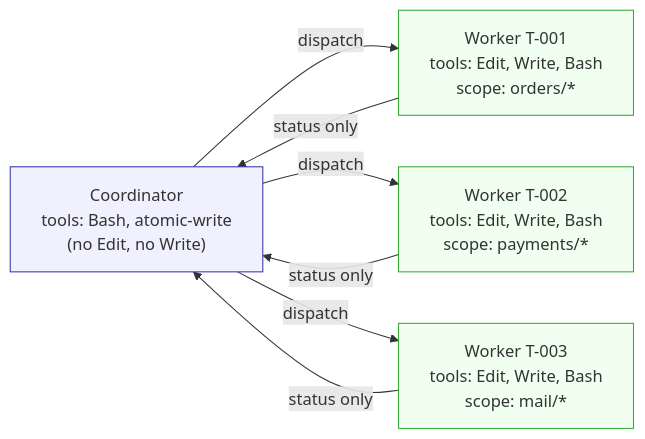
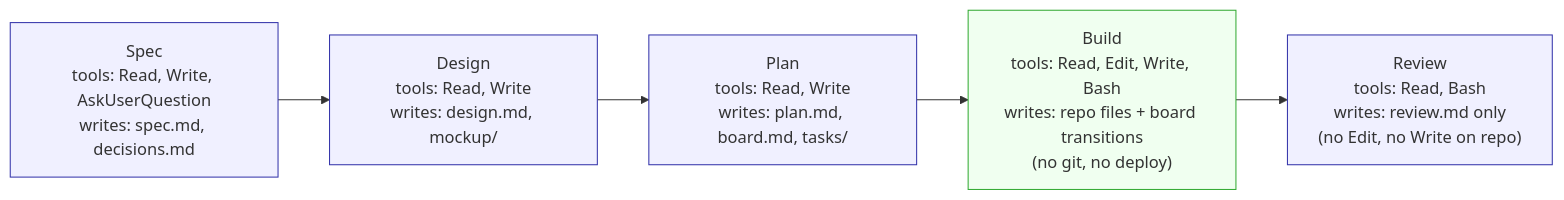
Before and after one commit to Zuhlek/loom: the tenth of 18 diagrams in orchestrator/weave/lifecycle-concepts-toc.md, drawn with Mermaid. The commit also changed other lines of this file and 379 other files, not shown here.

````diff
--- a/orchestrator/weave/lifecycle-concepts-toc.md
+++ b/orchestrator/weave/lifecycle-concepts-toc.md
@@ -814,17 +827,13 @@
 ```mermaid
 flowchart LR
-  Coord["Coordinator<br/>tools: Bash, atomic-write<br/>(no Edit, no Write)"]
-  W1["Worker T-001<br/>tools: Edit, Write, Bash<br/>scope: orders/*"]
-  W2["Worker T-002<br/>tools: Edit, Write, Bash<br/>scope: payments/*"]
-  W3["Worker T-003<br/>tools: Edit, Write, Bash<br/>scope: mail/*"]
-  Coord -- dispatch --> W1
-  Coord -- dispatch --> W2
-  Coord -- dispatch --> W3
-  W1 -- status only --> Coord
-  W2 -- status only --> Coord
-  W3 -- status only --> Coord
-  classDef coord fill:#f0f0ff,stroke:#3333aa
-  classDef worker fill:#f0fff0,stroke:#33aa33
-  class Coord coord
-  class W1,W2,W3 worker
+  Spec["Spec<br/>tools: Read, Write, AskUserQuestion<br/>writes: spec.md, decisions.md"]
+  Design["Design<br/>tools: Read, Write<br/>writes: design.md, mockup/"]
+  Plan["Plan<br/>tools: Read, Write<br/>writes: plan.md, board.md, tasks/"]
+  Build["Build<br/>tools: Read, Edit, Write, Bash<br/>writes: repo files + board transitions<br/>(no git, no deploy)"]
+  Review["Review<br/>tools: Read, Bash<br/>writes: review.md only<br/>(no Edit, no Write on repo)"]
+  Spec --> Design --> Plan --> Build --> Review
+  classDef noedit fill:#f0f0ff,stroke:#3333aa
+  classDef canedit fill:#f0fff0,stroke:#33aa33
+  class Spec,Design,Plan,Review noedit
+  class Build canedit
 ```
````
